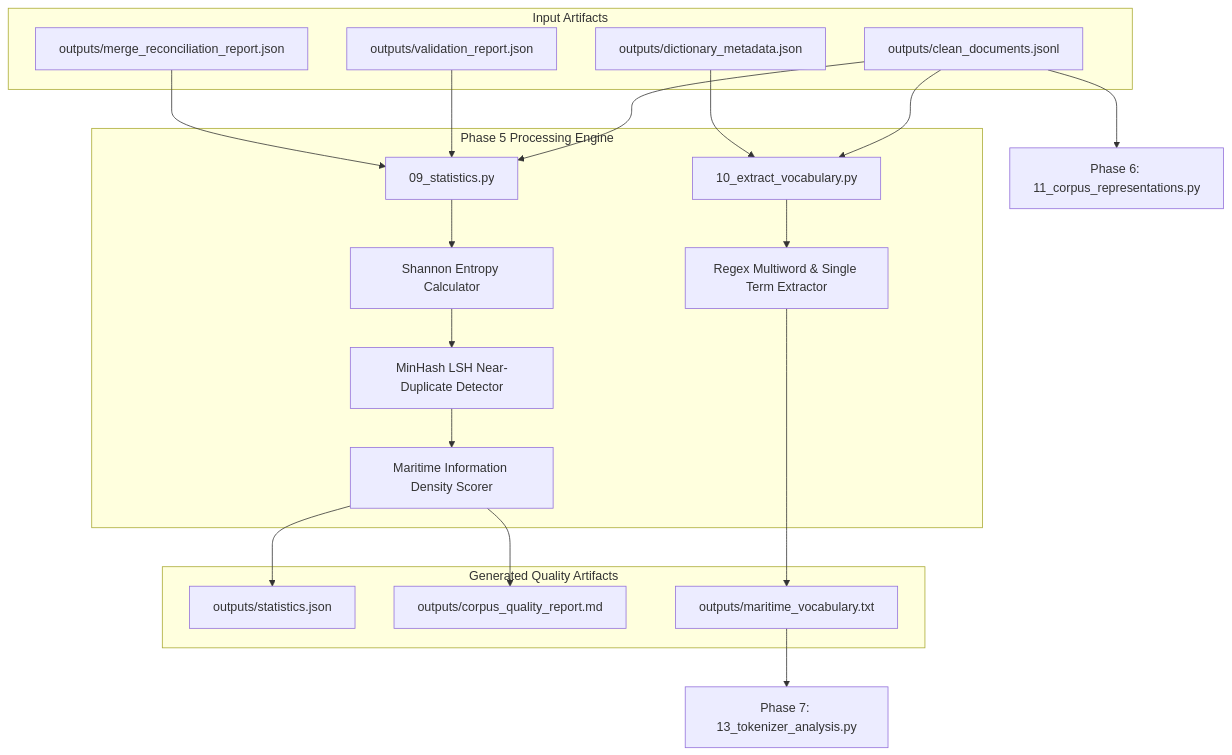
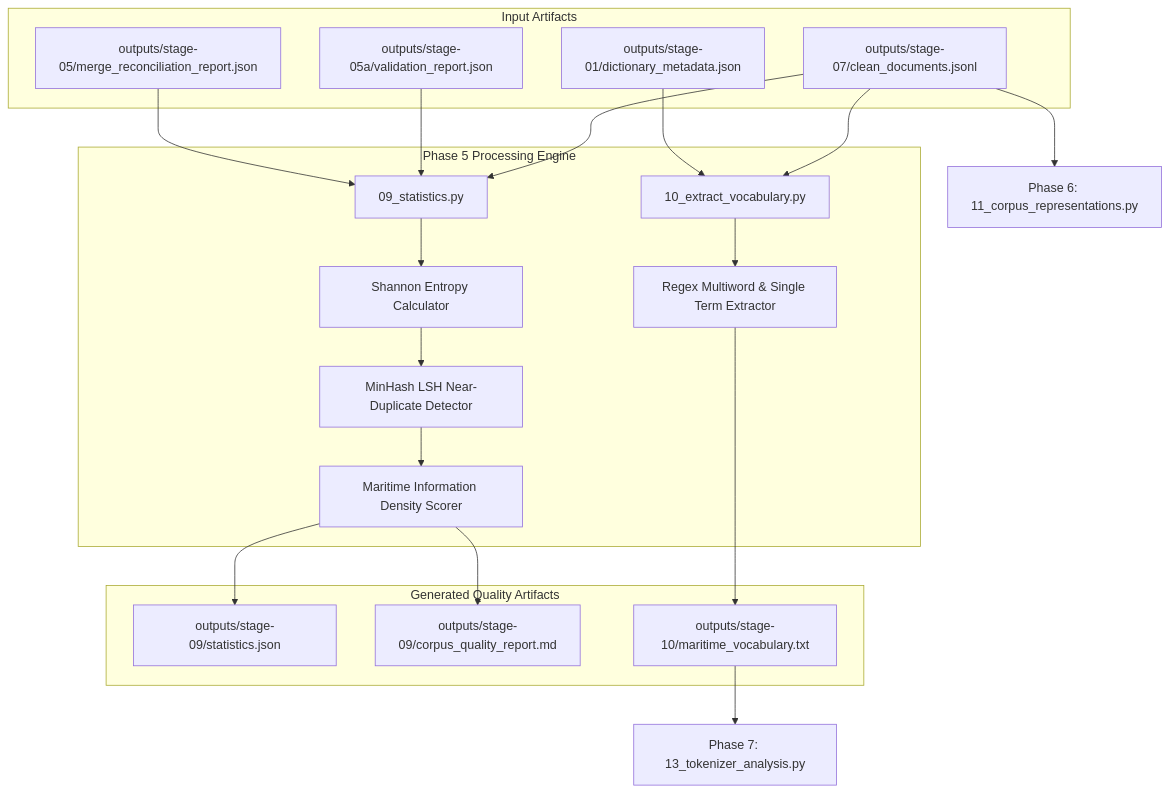
One commit to AbhishekYadav2207/TSBC-MaritimePipeline-PR changed the diagram in documentation/05_phase5_corpus_quality_evaluation.md. Above: the diagram before and after it, drawn with Mermaid. The commit also changed other lines of this file and 18 other files, not shown here.

````diff
--- a/documentation/05_phase5_corpus_quality_evaluation.md
+++ b/documentation/05_phase5_corpus_quality_evaluation.md
@@ -14,37 +14,37 @@
 ```mermaid
 flowchart TD
     subgraph Inputs ["Input Artifacts"]
-        CleanDocs["outputs/clean_documents.jsonl"]
-        DictMeta["outputs/dictionary_metadata.json"]
-        ValJSON["outputs/validation_report.json"]
-        ReconJSON["outputs/merge_reconciliation_report.json"]
+        CleanDocs["outputs/stage-07/clean_documents.jsonl"]
+        DictMeta["outputs/stage-01/dictionary_metadata.json"]
+        ValJSON["outputs/stage-05a/validation_report.json"]
+        ReconJSON["outputs/stage-05/merge_reconciliation_report.json"]
     end
 
     subgraph Processing ["Phase 5 Processing Engine"]
         S09["09_statistics.py"]
         ShannonEntropy["Shannon Entropy Calculator"]
         MinHashLSH["MinHash LSH Near-Duplicate Detector"]
         MIDScorer["Maritime Information Density Scorer"]
         S10["10_extract_vocabulary.py"]
         MultiwordExtractor["Regex Multiword & Single Term Extractor"]
     end
 
     subgraph Outputs ["Generated Quality Artifacts"]
-        StatsJSON["outputs/statistics.json"]
-        QualityMD["outputs/corpus_quality_report.md"]
-        VocabTXT["outputs/maritime_vocabulary.txt"]
+        StatsJSON["outputs/stage-09/statistics.json"]
+        QualityMD["outputs/stage-09/corpus_quality_report.md"]
+        VocabTXT["outputs/stage-10/maritime_vocabulary.txt"]
     end
 
     CleanDocs & ValJSON & ReconJSON --> S09
     S09 --> ShannonEntropy
     ShannonEntropy --> MinHashLSH
     MinHashLSH --> MIDScorer
     MIDScorer --> StatsJSON & QualityMD
 
     CleanDocs & DictMeta --> S10
     S10 --> MultiwordExtractor
     MultiwordExtractor --> VocabTXT
 
     VocabTXT --> NextPhase7["Phase 7: 13_tokenizer_analysis.py"]
     CleanDocs --> NextPhase6["Phase 6: 11_corpus_representations.py"]
 ```
````
